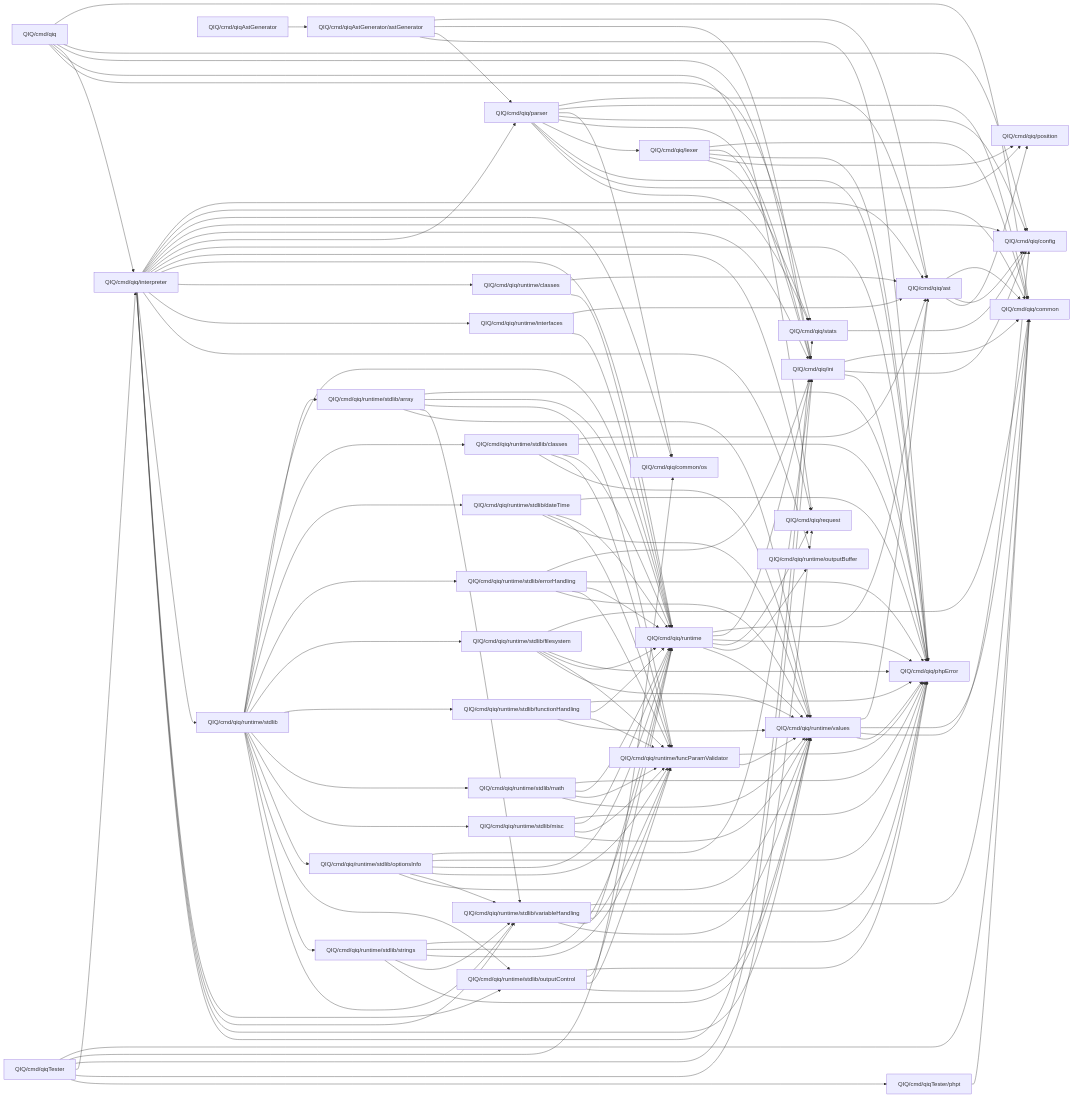
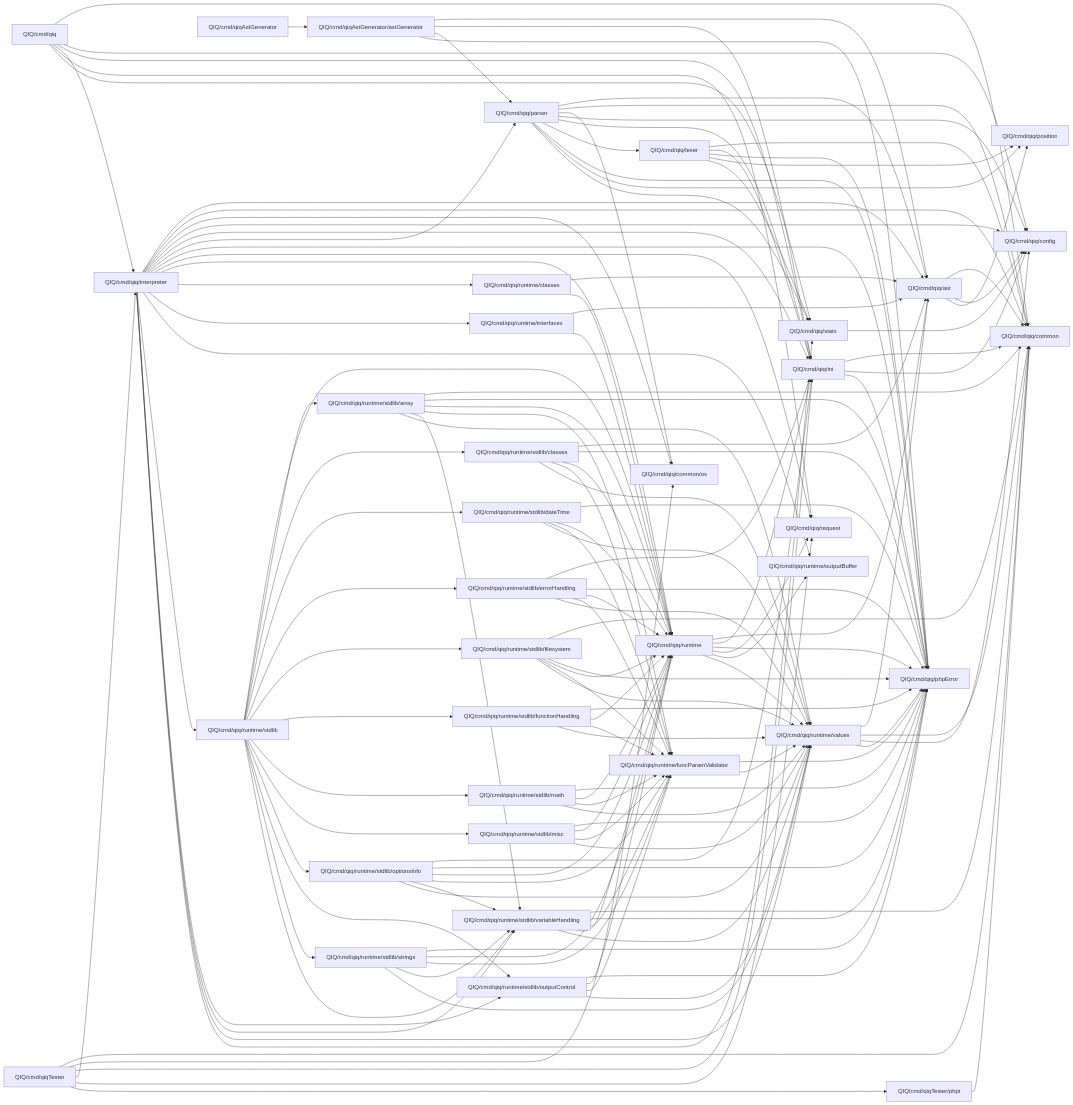
One commit to MasterZydra/QIQ changed the diagram in doc/Packages.md. Above: the diagram before and after it, drawn with Mermaid. The commit also changed 5 other files, not shown here.

```diff
--- a/doc/Packages.md
+++ b/doc/Packages.md
@@ -81,6 +81,7 @@
     QIQ_cmd_qiq_runtime_stdlib[QIQ/cmd/qiq/runtime/stdlib] --> QIQ_cmd_qiq_runtime_stdlib_strings[QIQ/cmd/qiq/runtime/stdlib/strings]
     QIQ_cmd_qiq_runtime_stdlib[QIQ/cmd/qiq/runtime/stdlib] --> QIQ_cmd_qiq_runtime_stdlib_variableHandling[QIQ/cmd/qiq/runtime/stdlib/variableHandling]
 
+    QIQ_cmd_qiq_runtime_stdlib_array[QIQ/cmd/qiq/runtime/stdlib/array] --> QIQ_cmd_qiq_common[QIQ/cmd/qiq/common]
     QIQ_cmd_qiq_runtime_stdlib_array[QIQ/cmd/qiq/runtime/stdlib/array] --> QIQ_cmd_qiq_phpError[QIQ/cmd/qiq/phpError]
     QIQ_cmd_qiq_runtime_stdlib_array[QIQ/cmd/qiq/runtime/stdlib/array] --> QIQ_cmd_qiq_runtime[QIQ/cmd/qiq/runtime]
     QIQ_cmd_qiq_runtime_stdlib_array[QIQ/cmd/qiq/runtime/stdlib/array] --> QIQ_cmd_qiq_runtime_funcParamValidator[QIQ/cmd/qiq/runtime/funcParamValidator]
```
